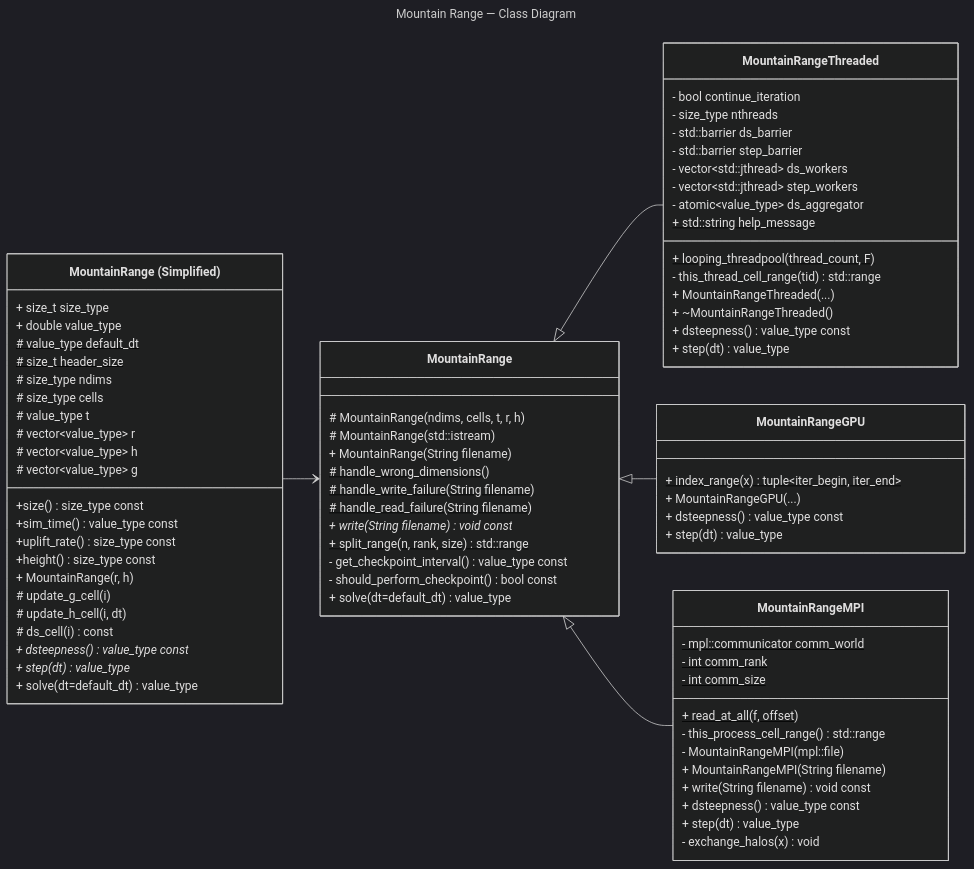
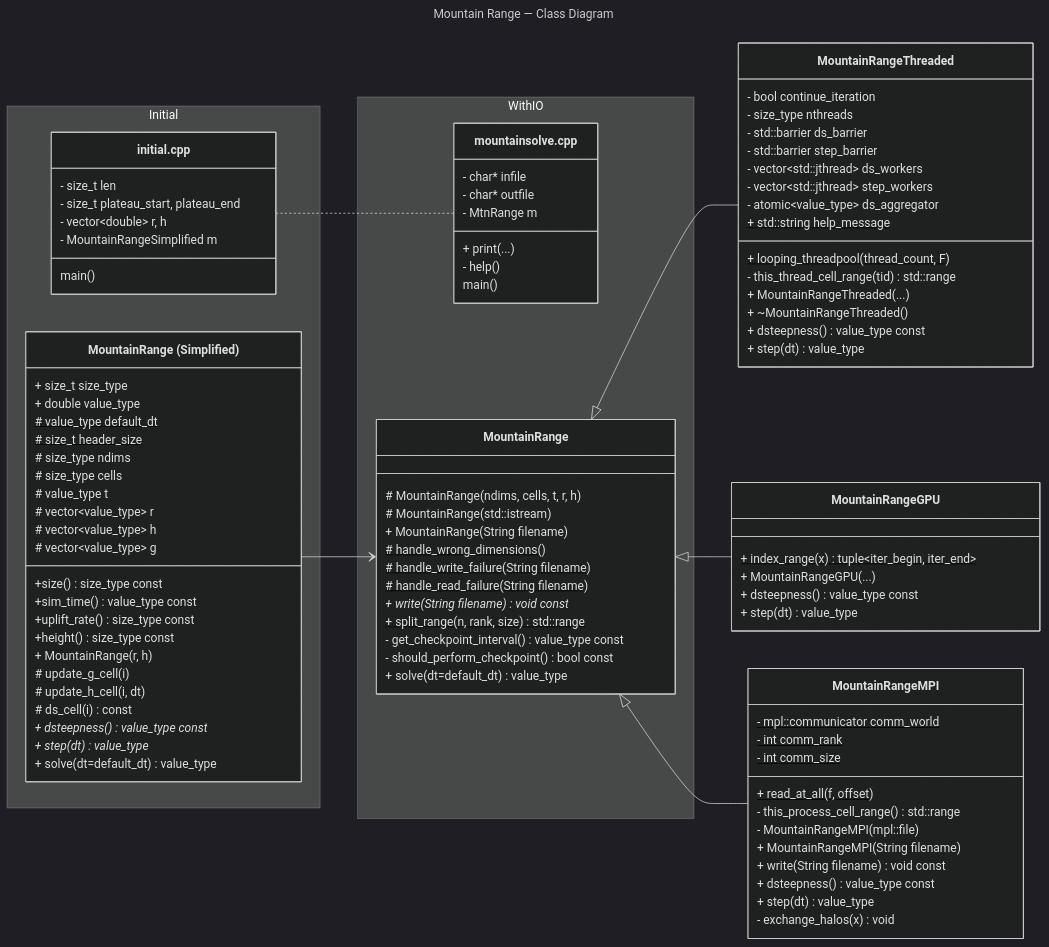
The diagram in docs/MountainRange-class-diagram.md (BYUHPC/sci-comp-course-example-cxx), drawn with Mermaid (dark theme) before and after one commit. The commit also changed other lines of this file, not shown here.

Commit message:
Update MountainRange-class-diagram.md Represent driver main() funcs

```diff
--- a/docs/MountainRange-class-diagram.md
+++ b/docs/MountainRange-class-diagram.md
@@ -51,7 +52,19 @@
 classDiagram
 direction LR
 
-class MountainRangeSimplified["MountainRange (Simplified)"]
+namespace Initial {
+    class InitialMain["initial.cpp"]
+    class MountainRangeSimplified["MountainRange (Simplified)"]
+}
+
+class InitialMain {
+    - size_t len
+    - size_t plateau_start, plateau_end
+    - vector~double~ r, h
+    - MountainRangeSimplified m
+}
+
+
 class MountainRangeSimplified {
     %% Global type variables (readability + mutability)
     + size_t size_type
@@ -86,6 +99,19 @@
     + solve(dt=default_dt) value_type
 }
 
+namespace WithIO {
+    class MountainSolve["mountainsolve.cpp"]
+    class MountainRange
+}
+
+class MountainSolve {
+    + print(...)
+    - help()
+    - char* infile
+    - char* outfile
+    - MtnRange m
+}
+    
 class MountainRange {
     %% Constructors
     # MountainRange(ndims, cells, t, r, h)
@@ -168,7 +194,16 @@
     - exchange_halos(x) void
 }
 
+%% Main classes
+InitialMain : main()
+MountainSolve : main()
+
 %% Relationships
+
+%%InitialMain ..> MountainRangeSimplified
+%%MountainSolve ..> MountainRange
+InitialMain .. MountainSolve
+
 MountainRangeSimplified --> MountainRange
 MountainRange <|-- MountainRangeThreaded
 MountainRange <|-- MountainRangeGPU
```
